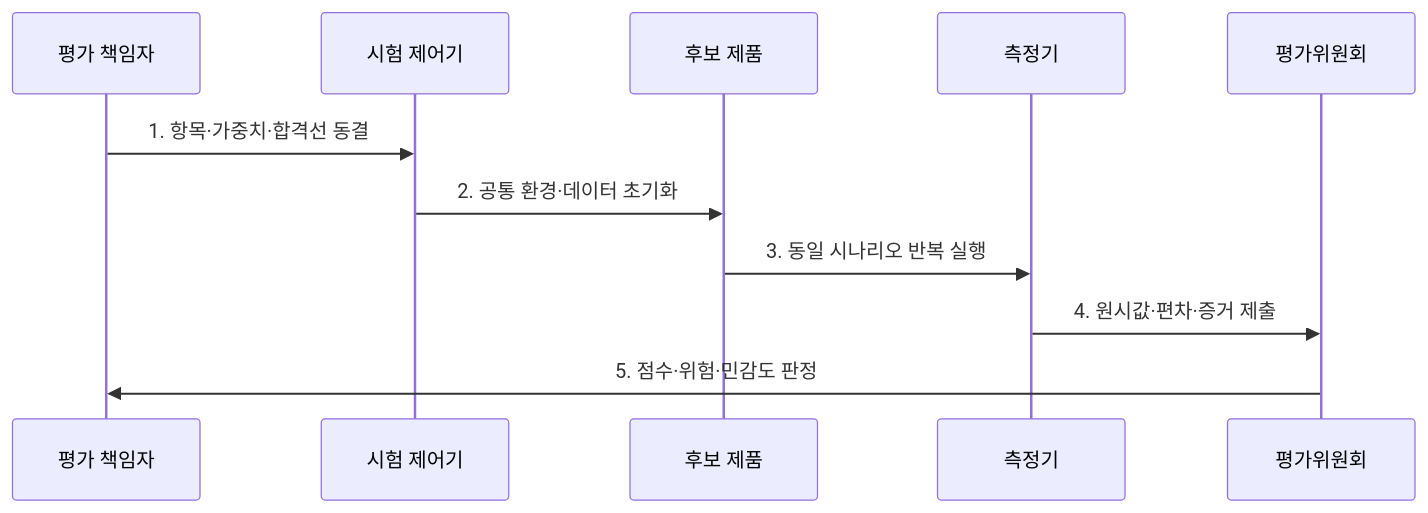
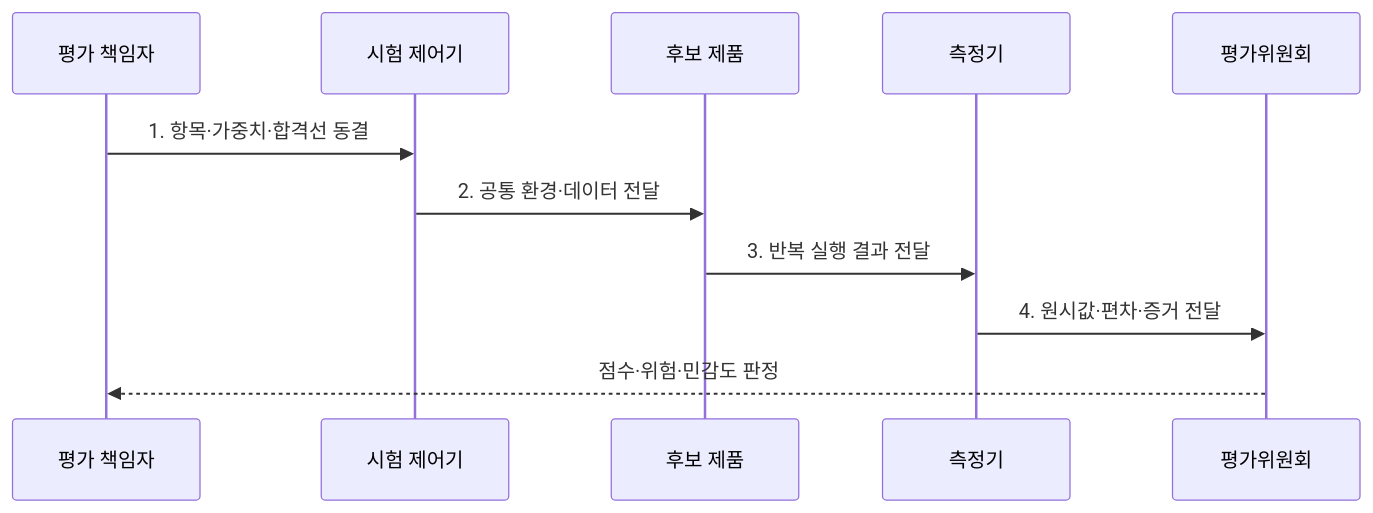
The second of 2 diagrams in src/content/docs/notes/06-evaluation/010_bmt_methodology.md (agnusdei1207/knowledge-base), drawn with Mermaid before and after one commit. The commit also changed other lines of this file and 20 other files, not shown here.

````diff
--- a/src/content/docs/notes/06-evaluation/010_bmt_methodology.md
+++ b/src/content/docs/notes/06-evaluation/010_bmt_methodology.md
@@ -77,13 +77,13 @@
 ```mermaid
 sequenceDiagram
   participant O as 평가 책임자
   participant C as 시험 제어기
   participant P as 후보 제품
   participant M as 측정기
   participant A as 평가위원회
   O->>C: 1. 항목·가중치·합격선 동결
-  C->>P: 2. 공통 환경·데이터 초기화
-  P->>M: 3. 동일 시나리오 반복 실행
-  M->>A: 4. 원시값·편차·증거 제출
-  A->>O: 5. 점수·위험·민감도 판정
+  C->>P: 2. 공통 환경·데이터 전달
+  P->>M: 3. 반복 실행 결과 전달
+  M->>A: 4. 원시값·편차·증거 전달
+  A-->>O: 점수·위험·민감도 판정
 ```
````
